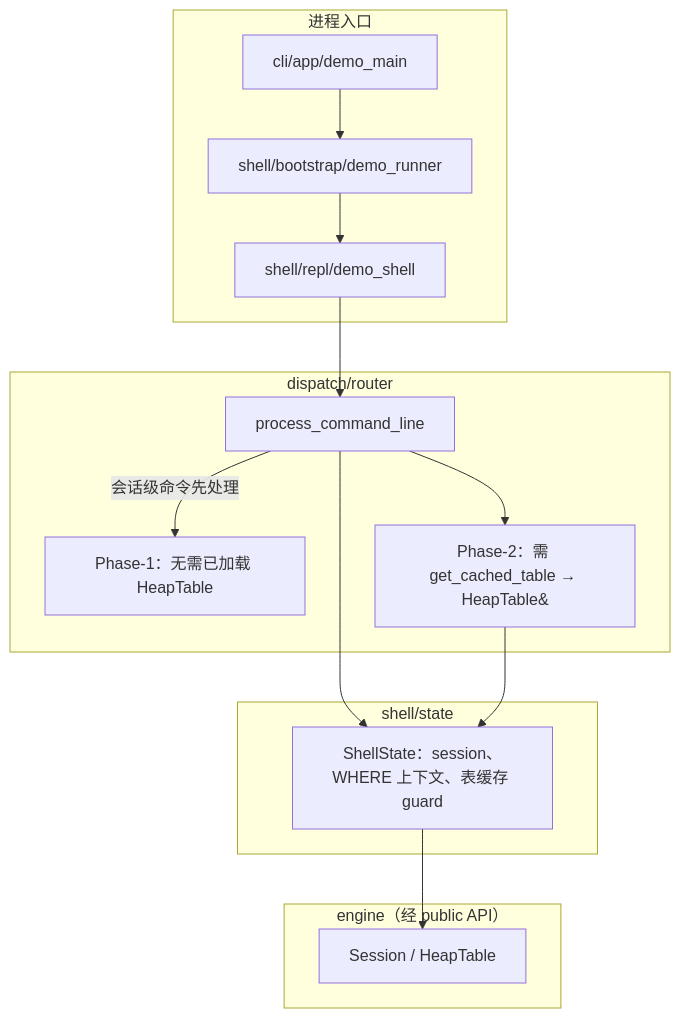
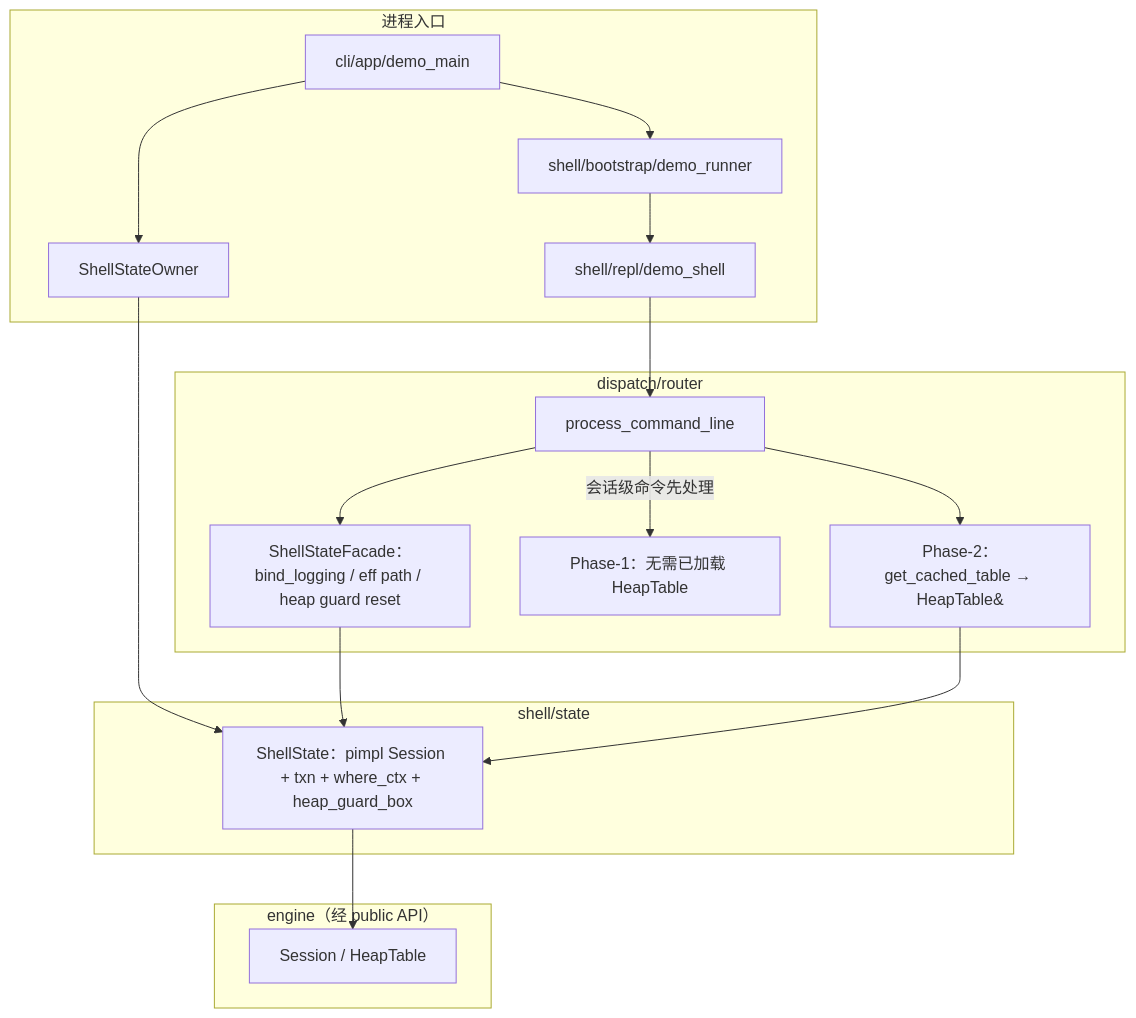
Before and after one commit to skyline019/database: diagram 11 of 17 in newdb/docs/architecture/PROJECT_DATAFLOW_WHOLE.md, drawn with Mermaid. The commit also changed other lines of this file, not shown here.

````diff
--- a/newdb/docs/architecture/PROJECT_DATAFLOW_WHOLE.md
+++ b/newdb/docs/architecture/PROJECT_DATAFLOW_WHOLE.md
@@ -390,28 +571,33 @@
 ```mermaid
 flowchart TB
   subgraph entry["进程入口"]
     APP["cli/app/demo_main"]
+    OWN["ShellStateOwner"]
     BOOT["shell/bootstrap/demo_runner"]
     REPL["shell/repl/demo_shell"]
   end
   subgraph dispatch["dispatch/router"]
     PCL["process_command_line"]
+    FAC["ShellStateFacade：bind_logging / eff path / heap guard reset"]
     P1["Phase-1：无需已加载 HeapTable"]
-    P2["Phase-2：需 get_cached_table → HeapTable&"]
+    P2["Phase-2：get_cached_table → HeapTable&"]
   end
   subgraph state["shell/state"]
-    SS["ShellState：session、WHERE 上下文、表缓存 guard"]
+    SS["ShellState：pimpl Session + txn + where_ctx + heap_guard_box"]
   end
   subgraph eng["engine（经 public API）"]
     SESS["Session / HeapTable"]
   end
 
+  APP --> OWN
+  OWN --> SS
   APP --> BOOT
   BOOT --> REPL
   REPL --> PCL
-  PCL --> SS
+  PCL --> FAC
+  FAC --> SS
   PCL -->|会话级命令先处理| P1
   PCL --> P2
   P2 --> SS
   SS --> SESS
 ```
````
